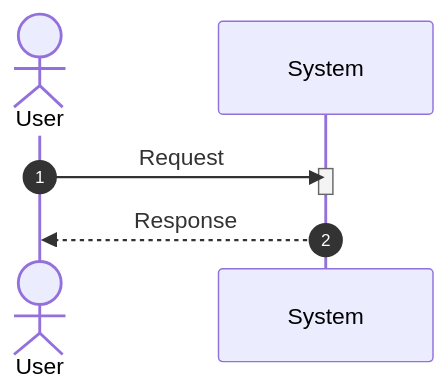
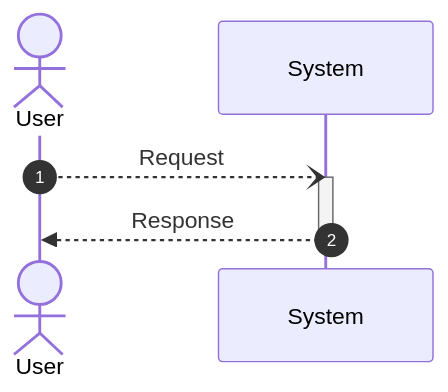
Before and after one commit to pingpm/mermaid_vault: the diagram in mmd/123_f8792784-3ef7-44c7-a0e8-3f20bc3450e7.mmd, drawn with Mermaid. The commit also changed 3 other files, not shown here.

Commit message:
Sync Mermaid Studio data (24 diagrams)

```diff
--- a/mmd/123_f8792784-3ef7-44c7-a0e8-3f20bc3450e7.mmd
+++ b/mmd/123_f8792784-3ef7-44c7-a0e8-3f20bc3450e7.mmd
@@ -1,8 +1,8 @@
 sequenceDiagram
   autonumber
   actor p0 as User
   participant p1 as System
-  p0->>p1: Request
+  p0--)p1: Request
   activate p1
+  p1-->>p0: Response
   deactivate p1
-  p1-->>p0: Response
```
